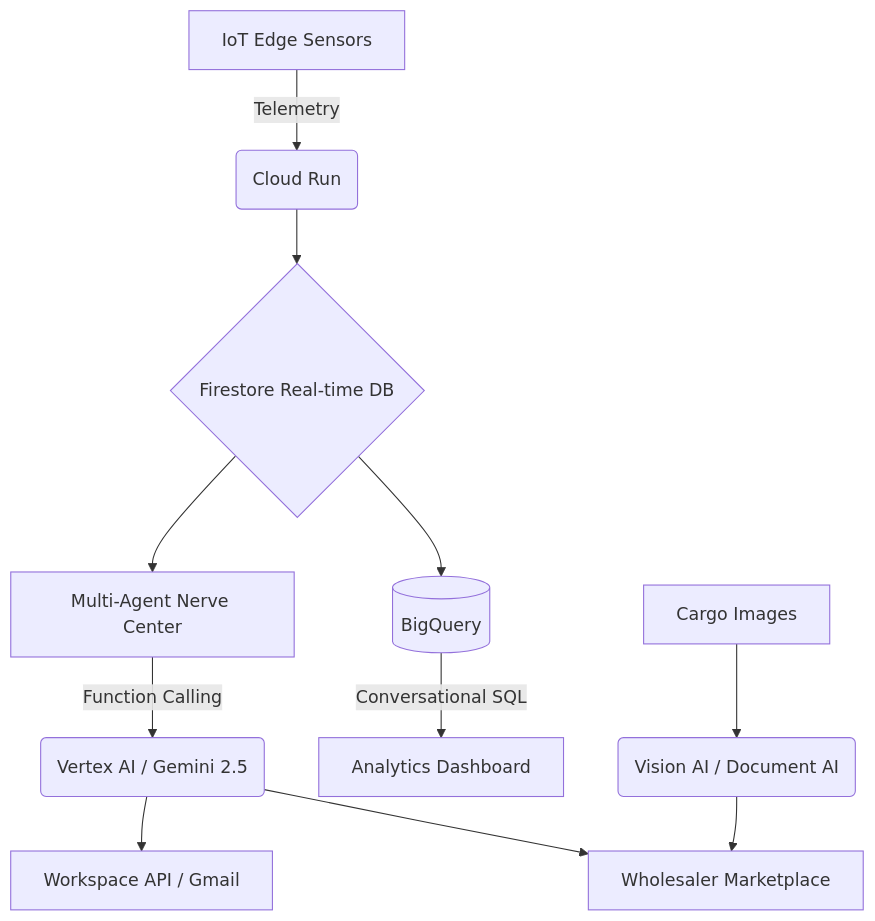
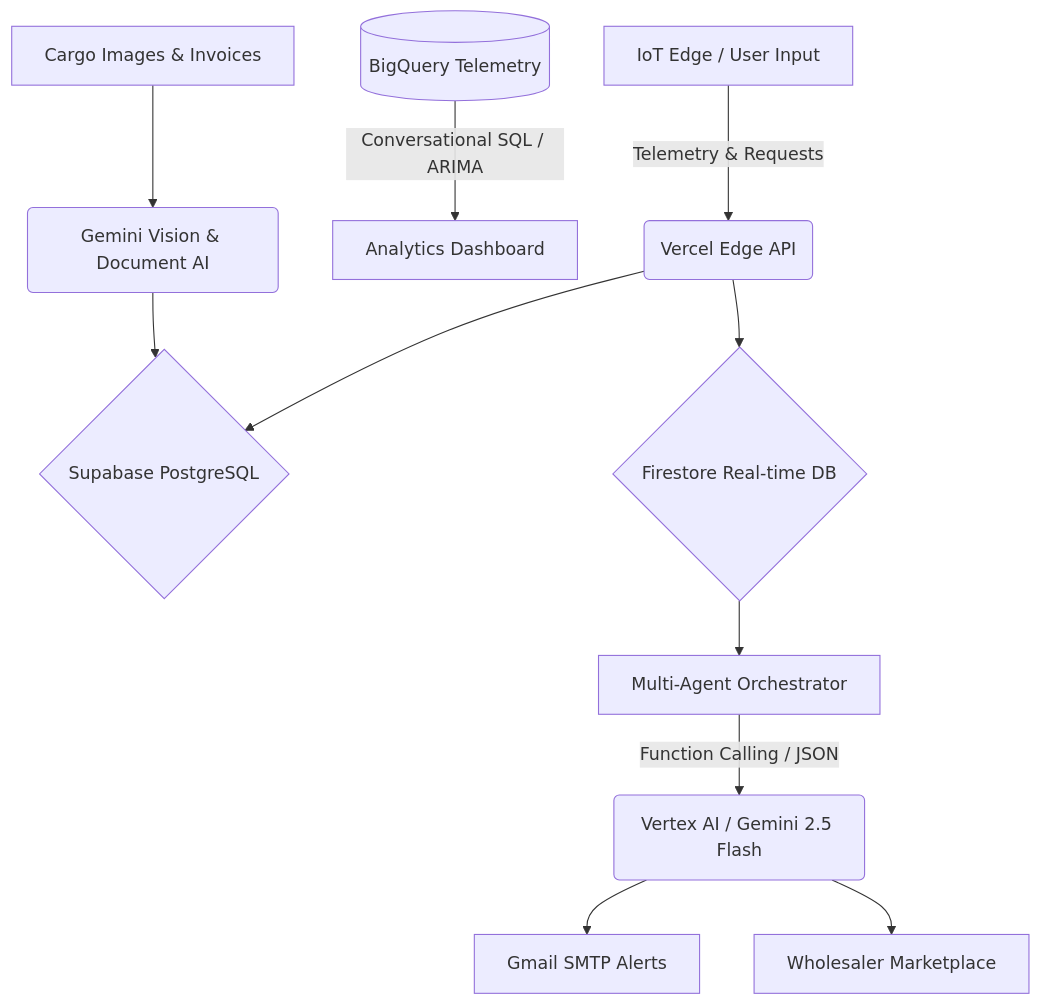
One commit to sumitsaraswat362/Annapurna-Gemini-APAC changed the diagram in README.md. Above: the diagram before and after it, drawn with Mermaid. The commit also changed other lines of this file and 53 other files, not shown here.

Commit message:
feat: phase 3 - real GCP integrations (Firestore, BigQuery, Document AI, Translation API, Nodemailer)

````diff
--- a/README.md
+++ b/README.md
@@ -69,13 +81,13 @@
 ```mermaid
 graph TD
-    A[IoT Edge Sensors] -->|Telemetry| B(Cloud Run)
-    B --> C{Firestore Real-time DB}
-    C --> D[Multi-Agent Nerve Center]
-    D -->|Function Calling| E(Vertex AI / Gemini 2.5)
-    E --> F[Workspace API / Gmail]
-    E --> G[Wholesaler Marketplace]
-    C --> H[(BigQuery)]
-    H -->|Conversational SQL| I[Analytics Dashboard]
-    J[Cargo Images] --> K(Vision AI / Document AI)
-    K --> G
+    A[IoT Edge / User Input] -->|Telemetry & Requests| B(Vercel Edge API)
+    B --> C{Supabase PostgreSQL}
+    B --> D{Firestore Real-time DB}
+    D --> E[Multi-Agent Orchestrator]
+    E -->|Function Calling / JSON| F(Vertex AI / Gemini 2.5 Flash)
+    F --> G[Gmail SMTP Alerts]
+    F --> H[Wholesaler Marketplace]
+    I[(BigQuery Telemetry)] -->|Conversational SQL / ARIMA| J[Analytics Dashboard]
+    K[Cargo Images & Invoices] --> L(Gemini Vision & Document AI)
+    L --> C
 ```
````
